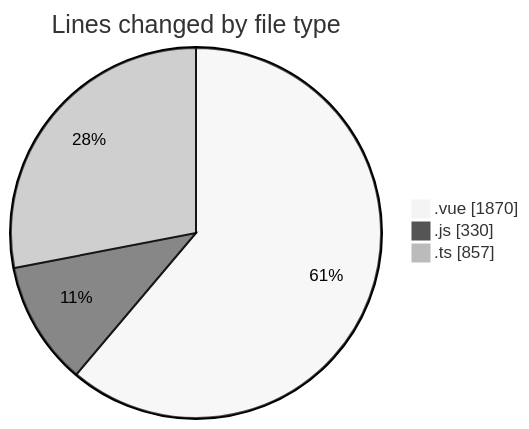
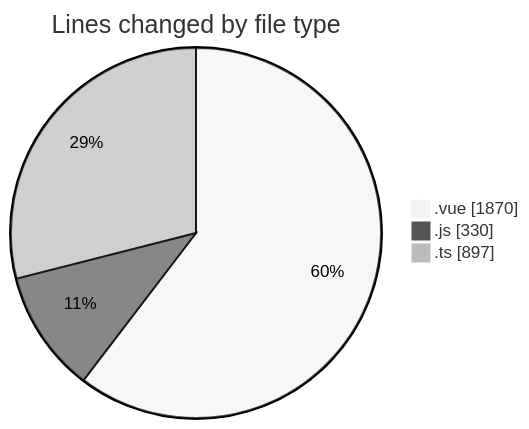
One commit to lephambinh05/code-tracking changed the first of 2 diagrams in 2025-07-14/rentotp/README.md. Above: the diagram before and after it, drawn with Mermaid (neutral theme). The commit also changed other lines of this file and 1 other file, not shown here.

````diff
--- a/2025-07-14/rentotp/README.md
+++ b/2025-07-14/rentotp/README.md
@@ -42,7 +43,7 @@
 ```mermaid
 pie showData
 title Lines changed by file type
 ".vue" : 1870
 ".js" : 330
-".ts" : 857
+".ts" : 897
 ```
````
